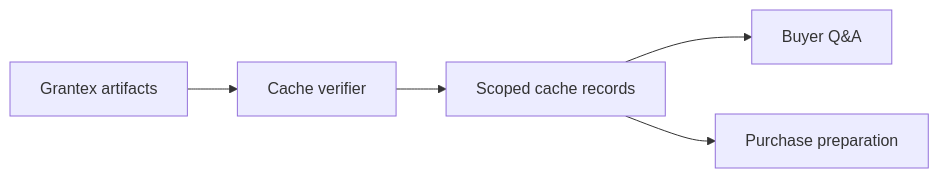
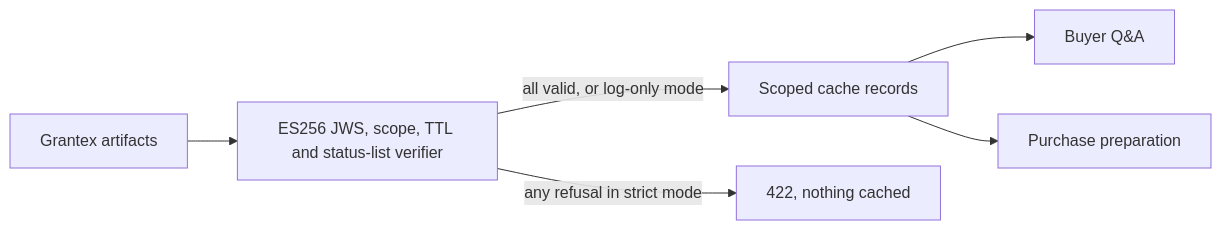
Before and after one commit to mishrasanjeev/agentic-org: the diagram in docs/oacp/artifact-cache-guide.md, drawn with Mermaid. The commit also changed other lines of this file and 23 other files, not shown here.

First line of the commit message:
feat(oacp): verify Grantex OACP artifacts before caching (G5, G6, G8)

````diff
--- a/docs/oacp/artifact-cache-guide.md
+++ b/docs/oacp/artifact-cache-guide.md
@@ -19,7 +59,8 @@
 ```mermaid
 flowchart LR
-  artifacts[Grantex artifacts] --> verify[Cache verifier]
-  verify --> records[Scoped cache records]
+  artifacts[Grantex artifacts] --> verify[ES256 JWS, scope, TTL and status-list verifier]
+  verify -->|all valid, or log-only mode| records[Scoped cache records]
+  verify -->|any refusal in strict mode| refused[422, nothing cached]
   records --> qa[Buyer Q&A]
   records --> prep[Purchase preparation]
 ```
````
